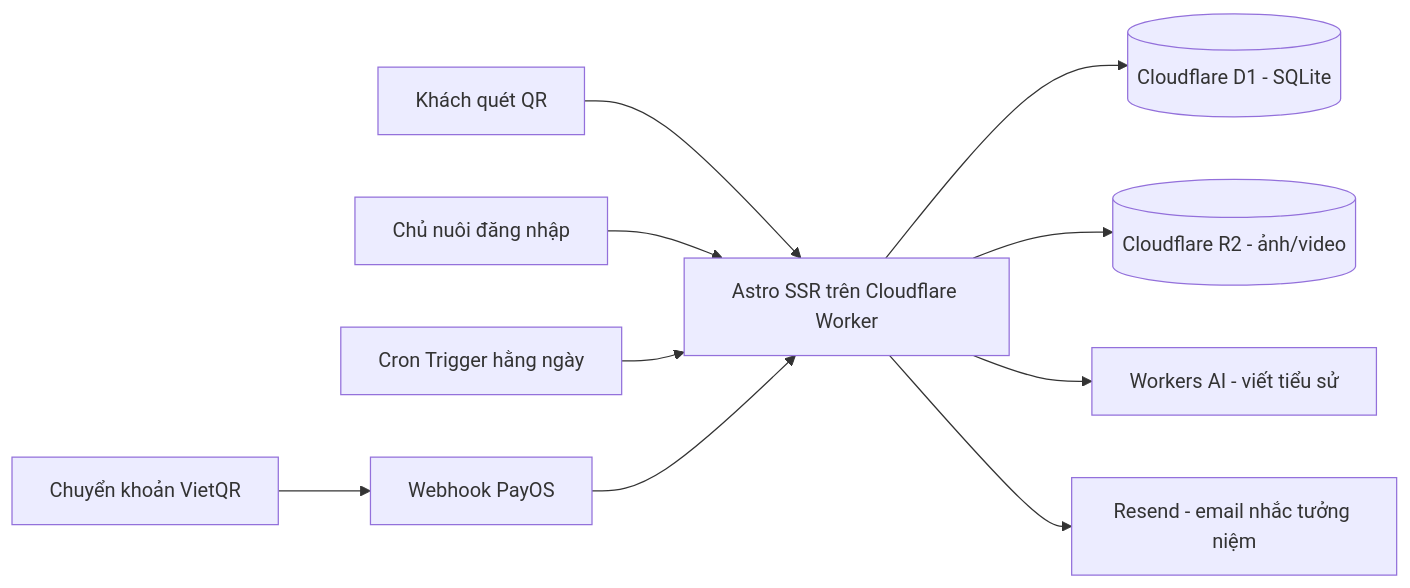
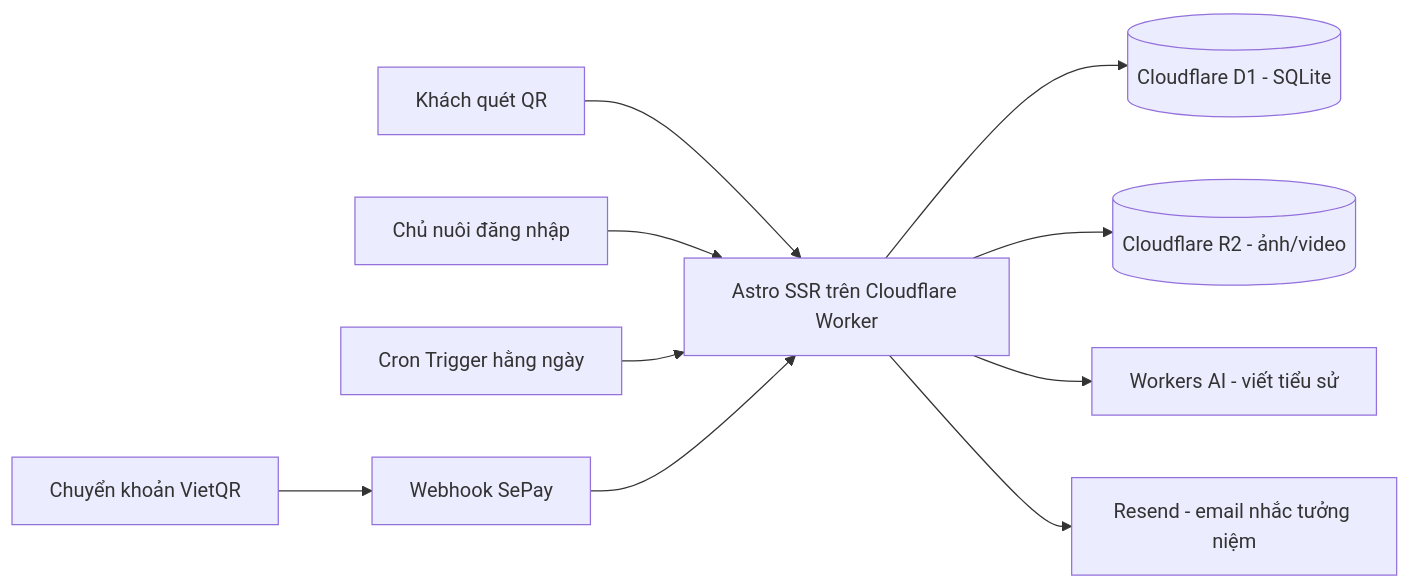
One commit to anta2104/virai_website changed the diagram in PET-MEMORIAL-PLAN.md. Above: the diagram before and after it, drawn with Mermaid. The commit also changed other lines of this file and 1 other file, not shown here.

First line of the commit message:
Sửa tài liệu cho khớp thực tế: SePay chứ không phải PayOS

````diff
--- a/PET-MEMORIAL-PLAN.md
+++ b/PET-MEMORIAL-PLAN.md
@@ -19,11 +19,11 @@
 ```mermaid
 flowchart LR
     Visitor[Khách quét QR] --> Worker[Astro SSR trên Cloudflare Worker]
     Owner[Chủ nuôi đăng nhập] --> Worker
     Worker --> D1[(Cloudflare D1 - SQLite)]
     Worker --> R2[(Cloudflare R2 - ảnh/video)]
     Worker --> WorkersAI[Workers AI - viết tiểu sử]
     Cron[Cron Trigger hằng ngày] --> Worker
     Worker --> Email[Resend - email nhắc tưởng niệm]
-    Bank[Chuyển khoản VietQR] --> Webhook[Webhook PayOS] --> Worker
+    Bank[Chuyển khoản VietQR] --> Webhook[Webhook SePay] --> Worker
 ```
````
